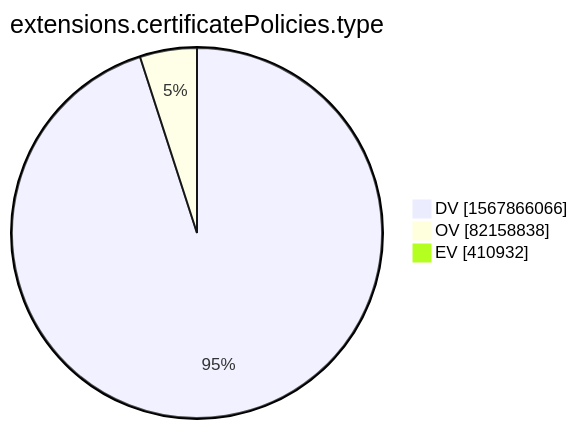
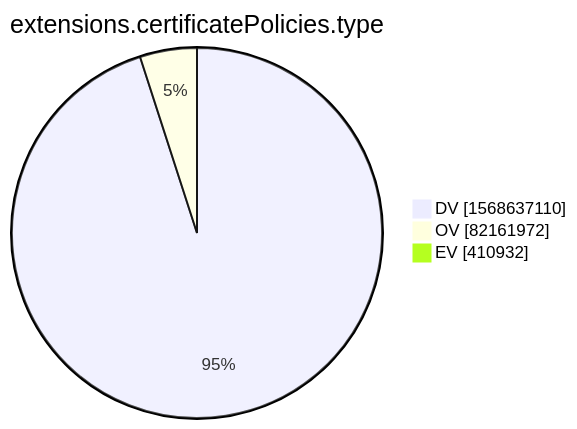
Before and after one commit to christiankrug/ctmonitor_visualization: the tenth of 15 diagrams in xenon2022/README.md, drawn with Mermaid. The commit also changed other lines of this file, not shown here.

````diff
--- a/xenon2022/README.md
+++ b/xenon2022/README.md
@@ -2876,7 +2876,7 @@
 ```mermaid
 pie showData
 title extensions.certificatePolicies.type
-"DV" :1567866066
-"OV" :82158838
+"DV" :1568637110
+"OV" :82161972
 "EV" :410932
 ```
````
